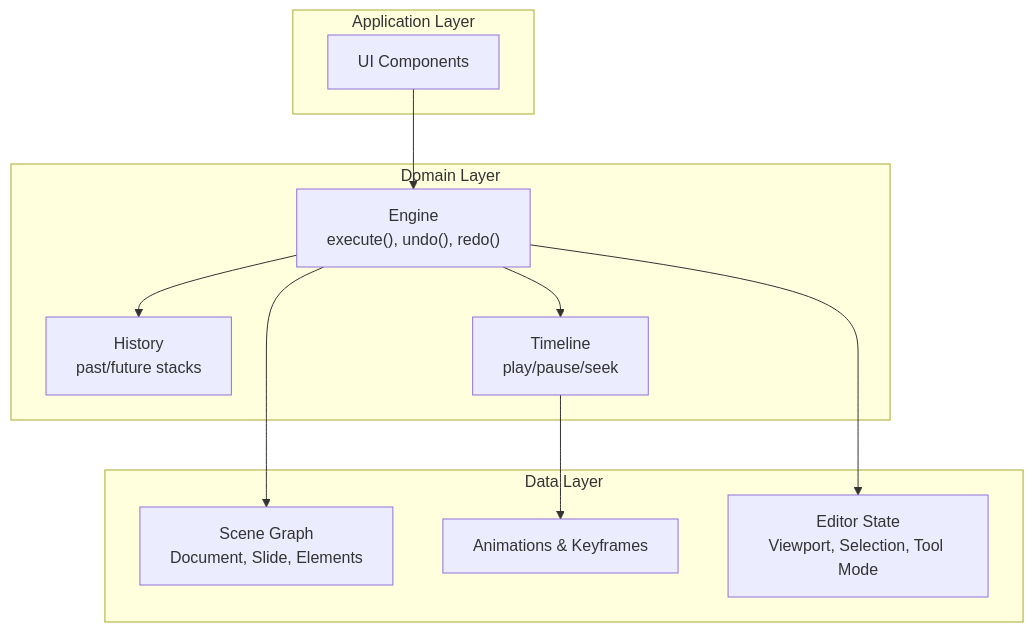
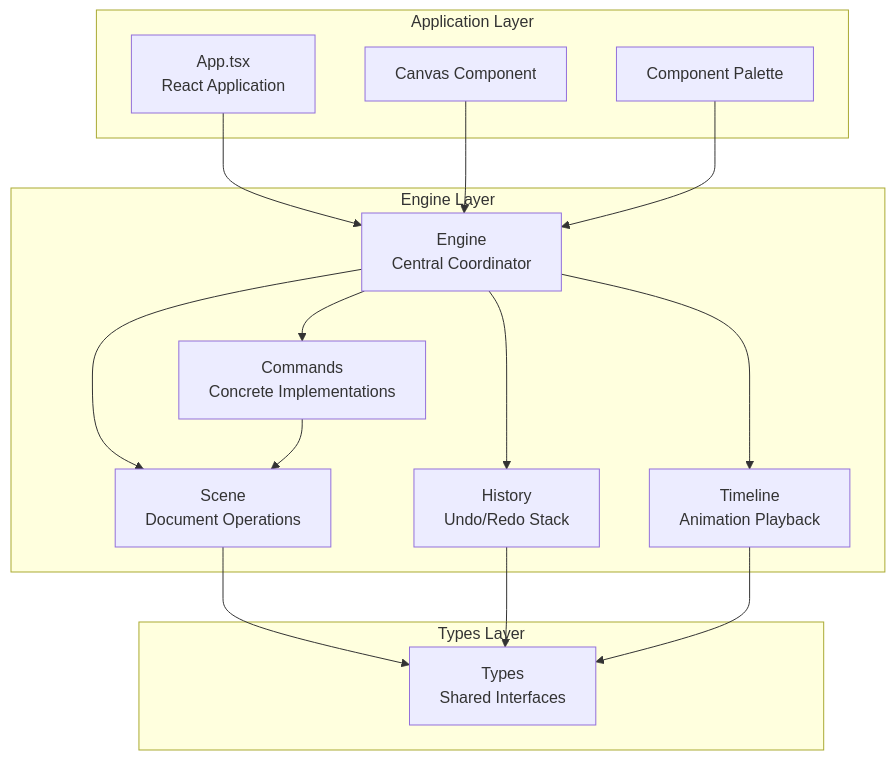
The first of 3 diagrams in .qoder/repowiki/en/content/Core Engine System/Command Pattern System.md (Anna0314zy/ai_editor_enginer), drawn with Mermaid before and after one commit. The commit also changed other lines of this file and 41 other files, not shown here.

````diff
--- a/.qoder/repowiki/en/content/Core Engine System/Command Pattern System.md
+++ b/.qoder/repowiki/en/content/Core Engine System/Command Pattern System.md
@@ -32,22 +45,29 @@
 ```mermaid
 graph TB
 subgraph "Application Layer"
-UI["UI Components"]
+App["App.tsx<br/>React Application"]
+Canvas["Canvas Component"]
+Palette["Component Palette"]
 end
-subgraph "Domain Layer"
-Engine["Engine<br/>execute(), undo(), redo()"]
-History["History<br/>past/future stacks"]
-Timeline["Timeline<br/>play/pause/seek"]
+subgraph "Engine Layer"
+Engine["Engine<br/>Central Coordinator"]
+History["History<br/>Undo/Redo Stack"]
+Timeline["Timeline<br/>Animation Playback"]
+Scene["Scene<br/>Document Operations"]
+Commands["Commands<br/>Concrete Implementations"]
 end
-subgraph "Data Layer"
-SceneGraph["Scene Graph<br/>Document, Slide, Elements"]
-Animations["Animations & Keyframes"]
-EditorState["Editor State<br/>Viewport, Selection, Tool Mode"]
+subgraph "Types Layer"
+Types["Types<br/>Shared Interfaces"]
 end
-UI --> Engine
-Engine --> SceneGraph
+App --> Engine
+Canvas --> Engine
+Palette --> Engine
 Engine --> History
 Engine --> Timeline
-Engine --> EditorState
-Timeline --> Animations
+Engine --> Scene
+Engine --> Commands
+Commands --> Scene
+Scene --> Types
+History --> Types
+Timeline --> Types
 ```
````
